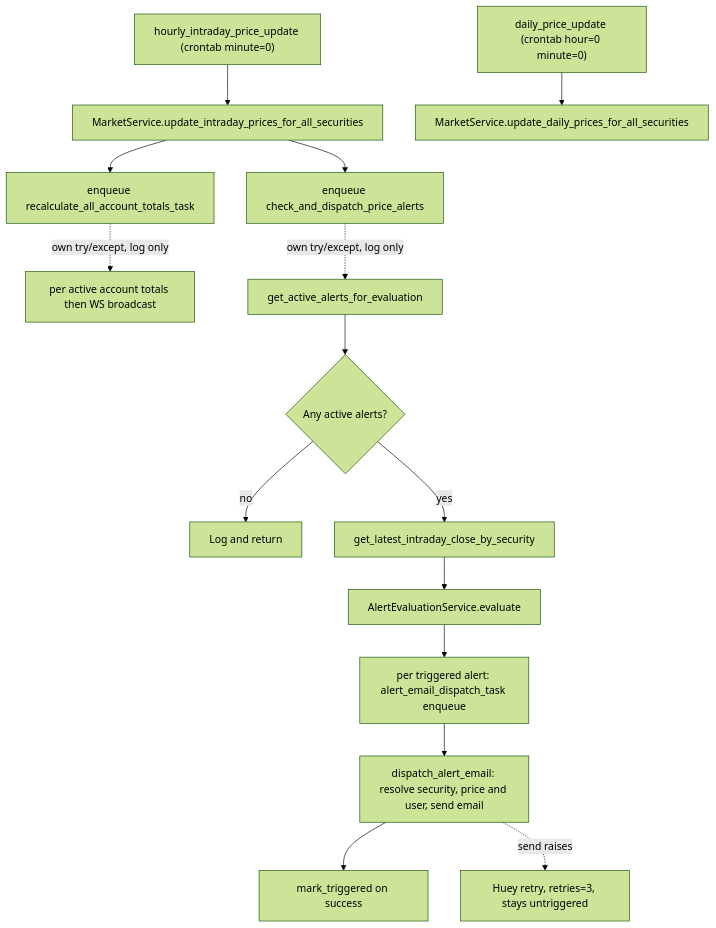
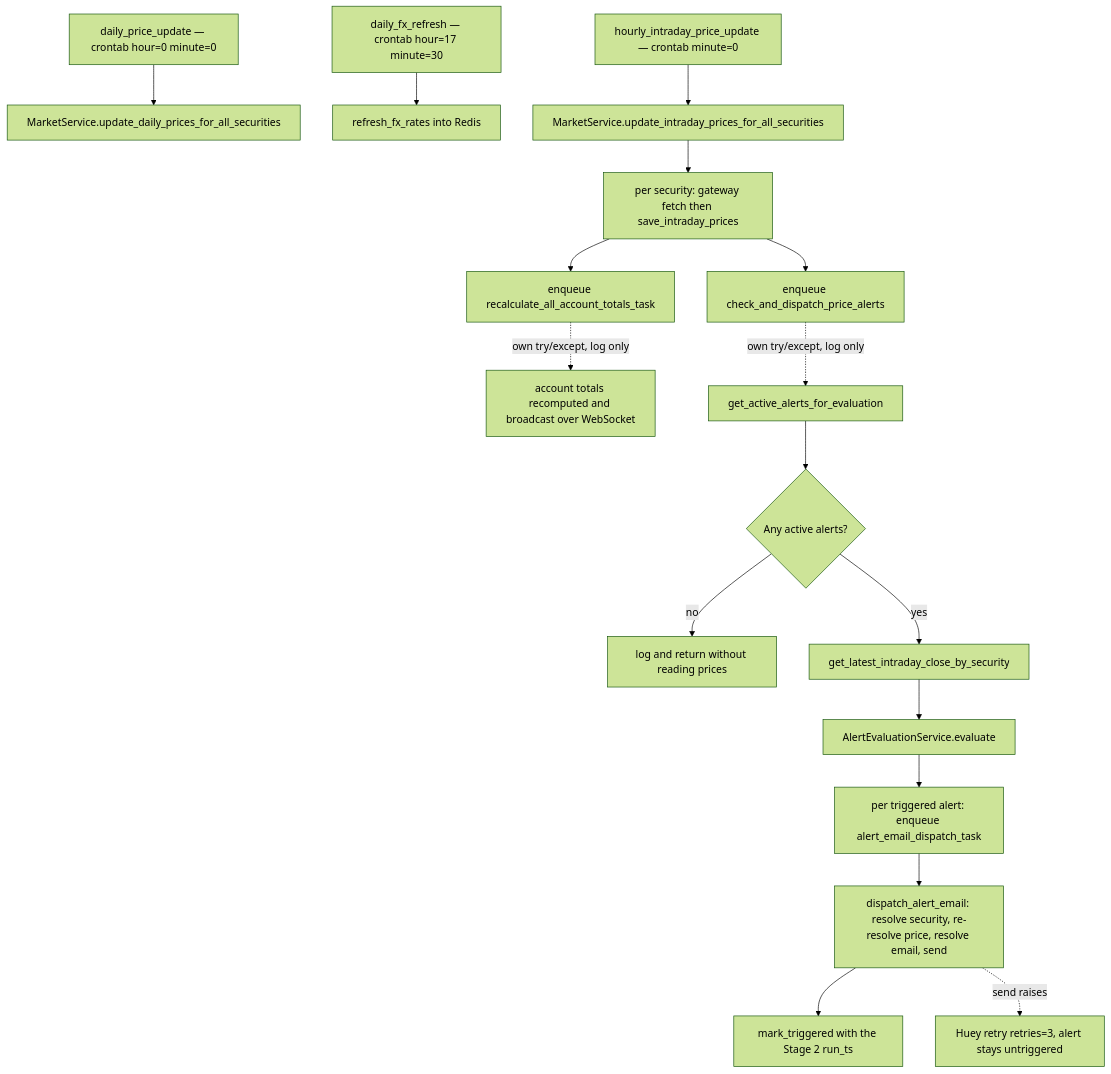
One commit to havekes/retail-portfolio changed the first of 2 diagrams in openwiki/workflows/market-data-and-indicators.md. Above: the diagram before and after it, drawn with Mermaid (forest theme). The commit also changed other lines of this file and 57 other files, not shown here.

````diff
--- a/openwiki/workflows/market-data-and-indicators.md
+++ b/openwiki/workflows/market-data-and-indicators.md
@@ -121,18 +156,20 @@
 ```mermaid
 flowchart TD
-    A["hourly_intraday_price_update (crontab minute=0)"] --> B["MarketService.update_intraday_prices_for_all_securities"]
-    B --> C["enqueue recalculate_all_account_totals_task"]
-    B --> D["enqueue check_and_dispatch_price_alerts"]
-    C -.->|"own try/except, log only"| E["per active account totals then WS broadcast"]
-    D -.->|"own try/except, log only"| F["get_active_alerts_for_evaluation"]
-    F --> G{"Any active alerts?"}
-    G -->|"no"| H["Log and return"]
-    G -->|"yes"| I["get_latest_intraday_close_by_security"]
-    I --> J["AlertEvaluationService.evaluate"]
-    J --> K["per triggered alert: alert_email_dispatch_task enqueue"]
-    K --> L["dispatch_alert_email: resolve security, price and user, send email"]
-    L --> M["mark_triggered on success"]
-    L -.->|"send raises"| N["Huey retry, retries=3, stays untriggered"]
+    NIGHTLY["daily_price_update — crontab hour=0 minute=0"] --> DAILY["MarketService.update_daily_prices_for_all_securities"]
+    FX["daily_fx_refresh — crontab hour=17 minute=30"] --> ECB["refresh_fx_rates into Redis"]
 
-    NIGHTLY["daily_price_update (crontab hour=0 minute=0)"] --> O["MarketService.update_daily_prices_for_all_securities"]
+    HOURLY["hourly_intraday_price_update — crontab minute=0"] --> FETCH["MarketService.update_intraday_prices_for_all_securities"]
+    FETCH --> PERSIST["per security: gateway fetch then save_intraday_prices"]
+    PERSIST --> RECALC["enqueue recalculate_all_account_totals_task"]
+    PERSIST --> EVAL["enqueue check_and_dispatch_price_alerts"]
+    RECALC -.->|"own try/except, log only"| TOTALS["account totals recomputed and broadcast over WebSocket"]
+    EVAL -.->|"own try/except, log only"| ACTIVE["get_active_alerts_for_evaluation"]
+    ACTIVE --> ANY{"Any active alerts?"}
+    ANY -->|"no"| LOG["log and return without reading prices"]
+    ANY -->|"yes"| LATEST["get_latest_intraday_close_by_security"]
+    LATEST --> EV["AlertEvaluationService.evaluate"]
+    EV --> ENQ["per triggered alert: enqueue alert_email_dispatch_task"]
+    ENQ --> SEND["dispatch_alert_email: resolve security, re-resolve price, resolve email, send"]
+    SEND --> MARK["mark_triggered with the Stage 2 run_ts"]
+    SEND -.->|"send raises"| RETRY["Huey retry retries=3, alert stays untriggered"]
 ```
````
